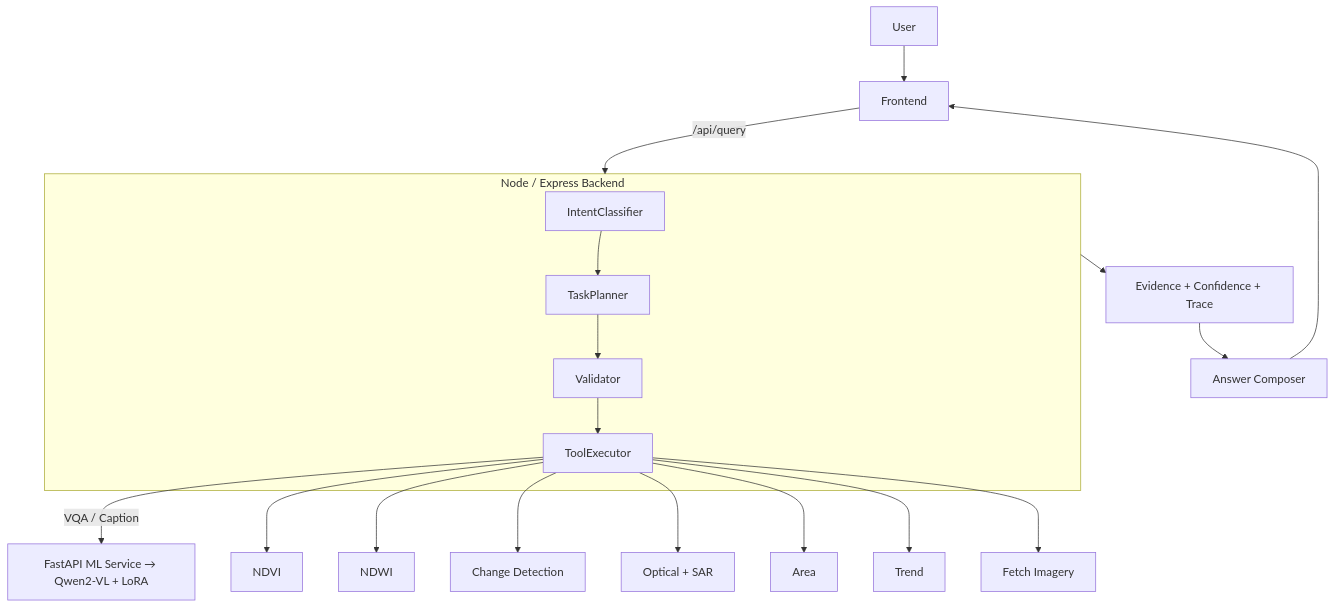
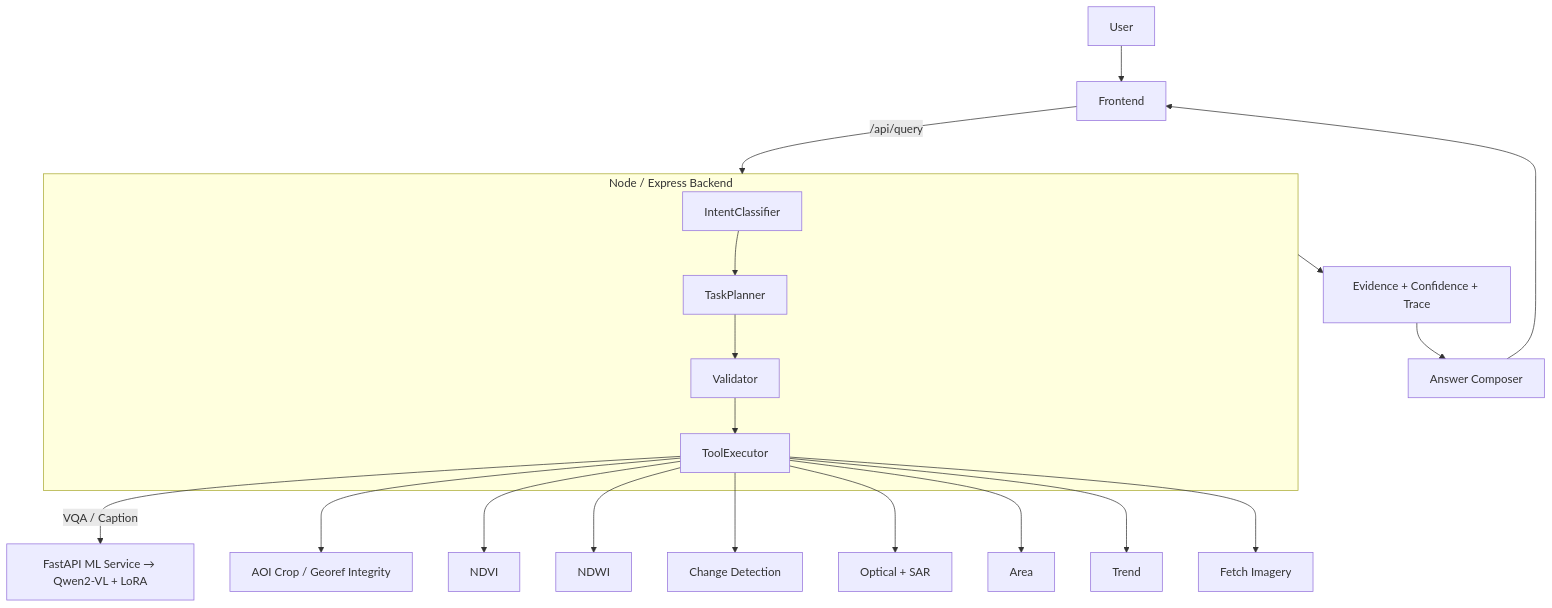
Before and after one commit to s8tn2546/satQueryAI: the diagram in README.md, drawn with Mermaid. The commit also changed other lines of this file and 3 other files, not shown here.

````diff
--- a/README.md
+++ b/README.md
@@ -241,20 +301,21 @@
 ```mermaid
 flowchart TD
     User --> Frontend
     Frontend -->|/api/query| Backend
     subgraph Backend["Node / Express Backend"]
         IntentClassifier --> TaskPlanner --> Validator
         Validator --> ToolExecutor
     end
     ToolExecutor -->|VQA / Caption| MLVLM["FastAPI ML Service → Qwen2-VL + LoRA"]
+    ToolExecutor --> AOICrop["AOI Crop / Georef Integrity"]
     ToolExecutor --> NDVI
     ToolExecutor --> NDWI
     ToolExecutor --> Change["Change Detection"]
     ToolExecutor --> Fusion["Optical + SAR"]
     ToolExecutor --> Area
     ToolExecutor --> Trend
     ToolExecutor --> Fetch["Fetch Imagery"]
     Backend --> Evidence["Evidence + Confidence + Trace"]
     Evidence --> AnswerComposer["Answer Composer"]
     AnswerComposer --> Frontend
 ```
````
